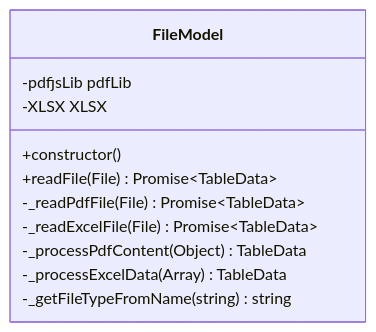
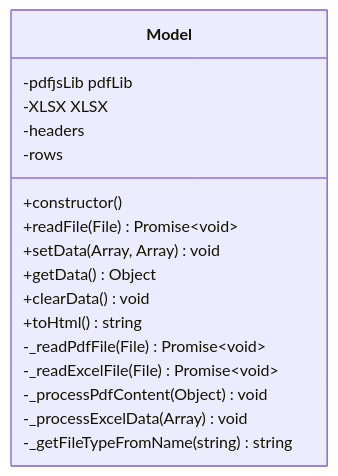
One commit to ahmetcankaratas/transformer changed the third of 4 diagrams in HW1/JavaScript/README.md. Above: the diagram before and after it, drawn with Mermaid. The commit also changed other lines of this file, not shown here.

````diff
--- a/HW1/JavaScript/README.md
+++ b/HW1/JavaScript/README.md
@@ -107,14 +100,20 @@
 ```mermaid
 classDiagram
-    class FileModel {
+    class Model {
         -pdfjsLib pdfLib
         -XLSX XLSX
+        -headers
+        -rows
         +constructor()
-        +readFile(File) Promise~TableData~
-        -_readPdfFile(File) Promise~TableData~
-        -_readExcelFile(File) Promise~TableData~
-        -_processPdfContent(Object) TableData
-        -_processExcelData(Array) TableData
+        +readFile(File) Promise~void~
+        +setData(Array, Array) void
+        +getData() Object
+        +clearData() void
+        +toHtml() string
+        -_readPdfFile(File) Promise~void~
+        -_readExcelFile(File) Promise~void~
+        -_processPdfContent(Object) void
+        -_processExcelData(Array) void
         -_getFileTypeFromName(string) string
     }
 ```
````
